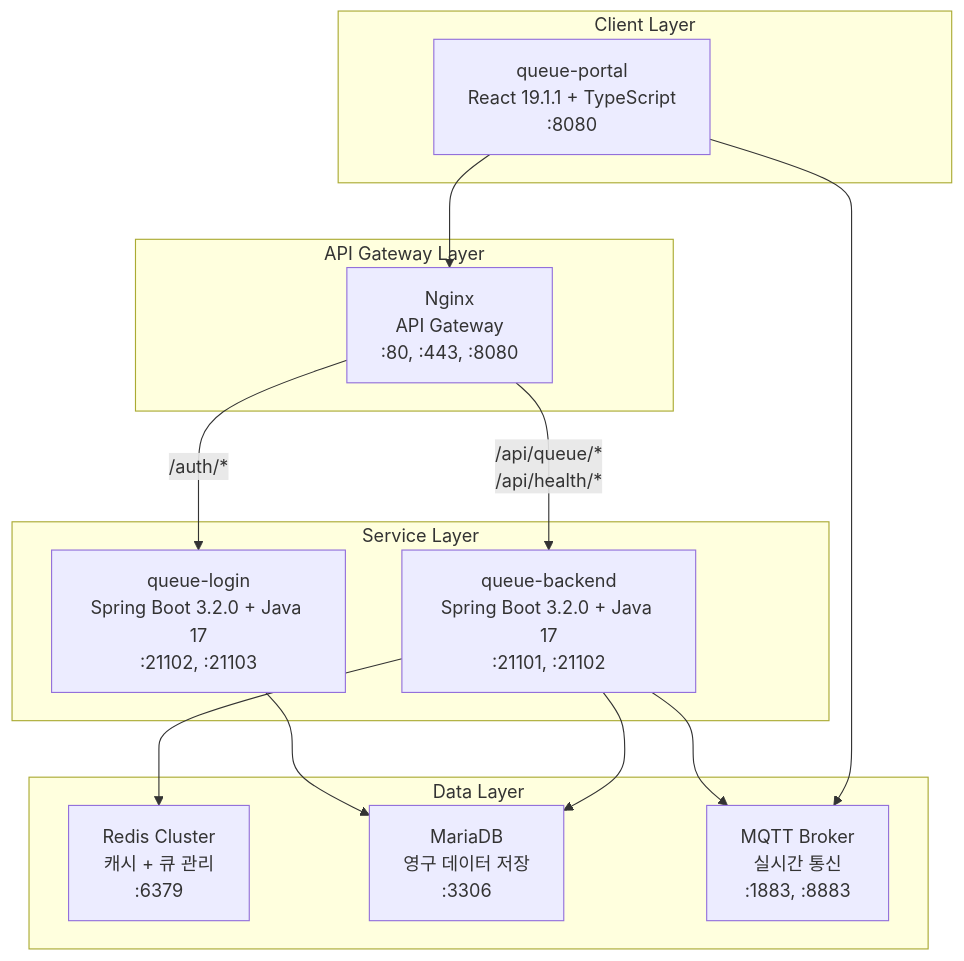
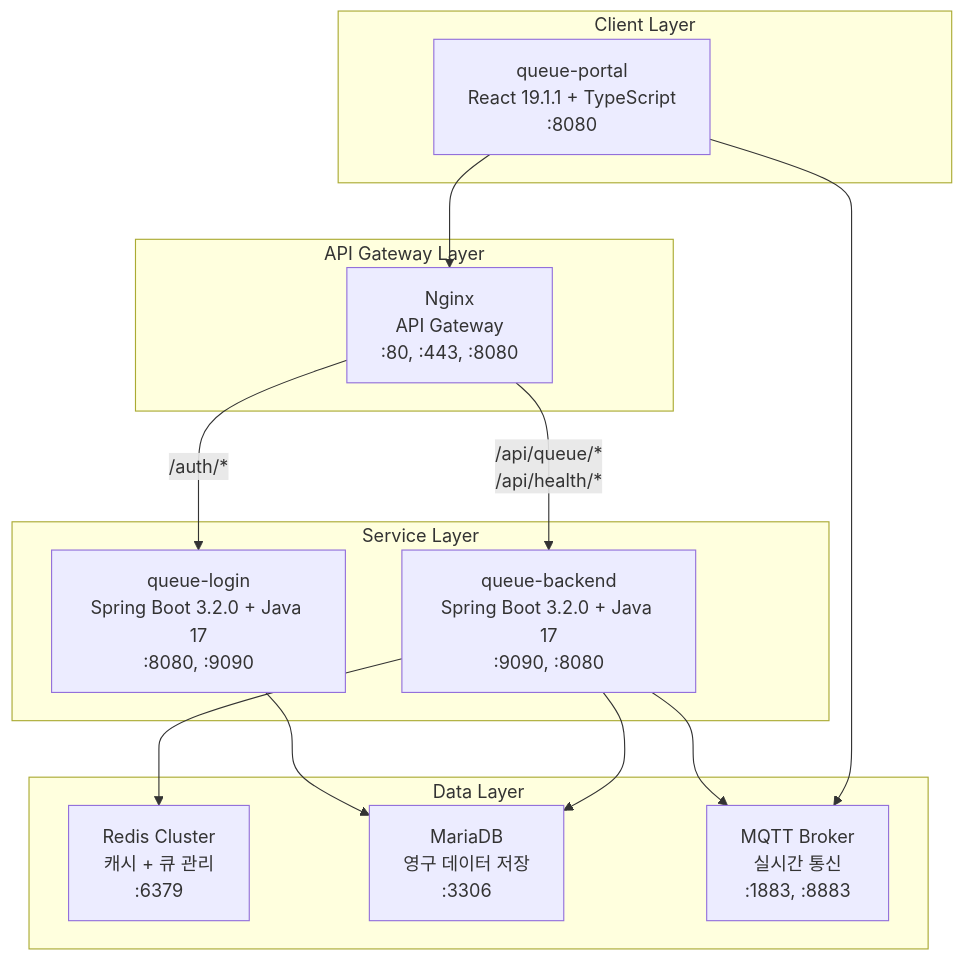
Before and after one commit to exodus-openstack/queue: the diagram in docs/SystemArchitecture.md, drawn with Mermaid. The commit also changed other lines of this file and 1 other file, not shown here.

````diff
--- a/docs/SystemArchitecture.md
+++ b/docs/SystemArchitecture.md
@@ -41,30 +41,30 @@
 ```mermaid
 graph TB
     subgraph "Client Layer"
         PORTAL[queue-portal<br/>React + TypeScript + Vite]
     end
     
     subgraph "API Gateway Layer"
         NGINX[Nginx<br/>API Gateway + Load Balancer<br/>:80, :443, :8080]
     end
     
     subgraph "Service Layer"
-        LOGIN[queue-login<br/>Spring Boot 3.2.0 + Java 17<br/>:21102, :21103]
-        BACKEND[queue-backend<br/>Spring Boot 3.2.0 + Java 17<br/>:21101, :21102]
+        LOGIN[queue-login<br/>Spring Boot 3.2.0 + Java 17<br/>:8080, :9090]
+        BACKEND[queue-backend<br/>Spring Boot 3.2.0 + Java 17<br/>:9090, :8080]
     end
     
     subgraph "Data Layer"
         REDIS[Redis Cluster<br/>캐시 + 큐 관리<br/>:6379]
         MARIADB[MariaDB<br/>영구 데이터 저장<br/>:3306]
         MQTT[MQTT Broker<br/>실시간 통신<br/>:1883, :8883]
     end
     
     PORTAL[queue-portal<br/>React 19.1.1 + TypeScript<br/>:8080] --> NGINX[Nginx<br/>API Gateway<br/>:80, :443, :8080]
     NGINX -->|/auth/*| LOGIN
     NGINX -->|/api/queue/*<br/>/api/health/*| BACKEND
     LOGIN --> MARIADB
     BACKEND --> REDIS
     BACKEND --> MARIADB
     BACKEND --> MQTT
     PORTAL --> MQTT
 ```
````
